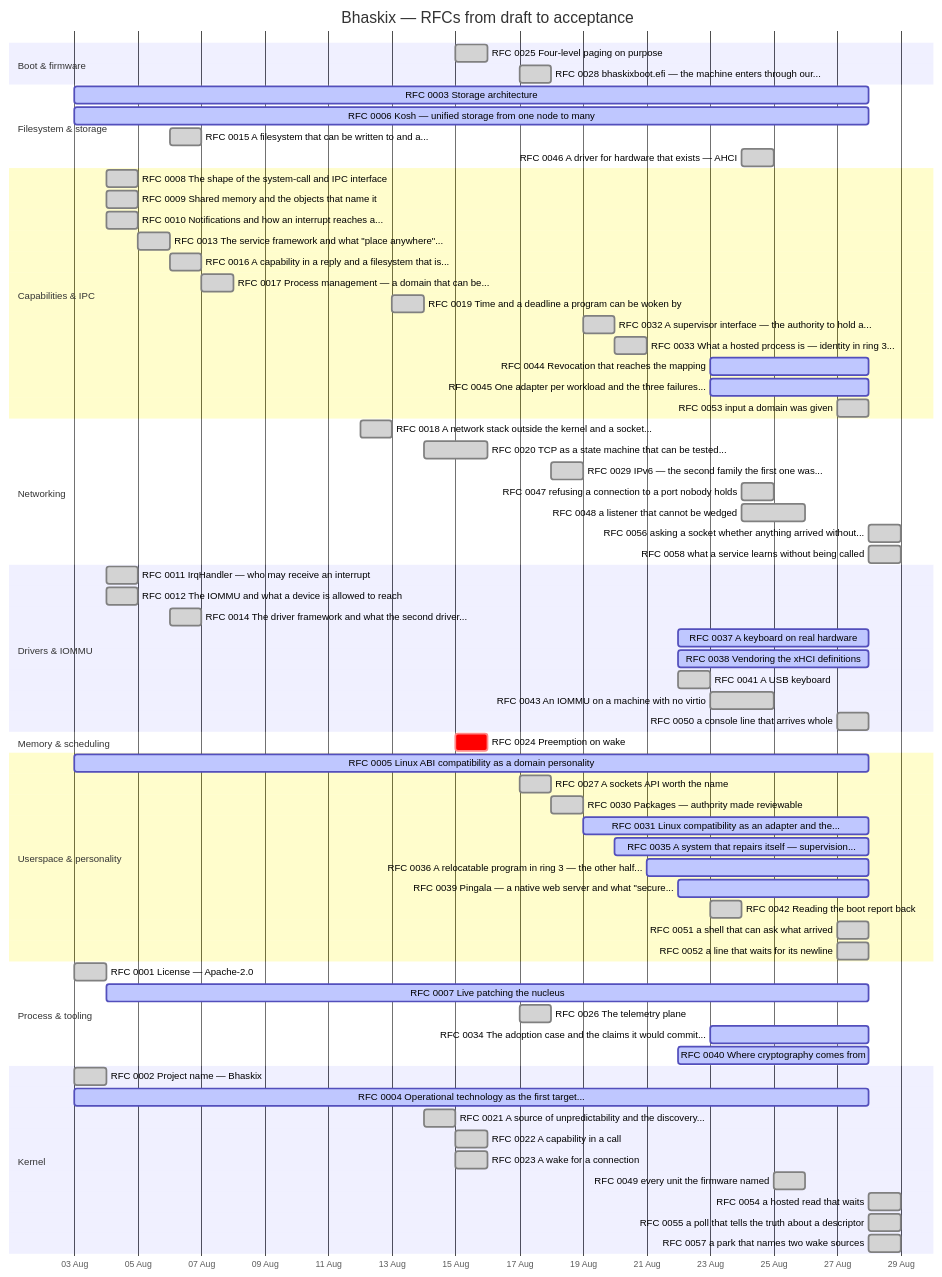
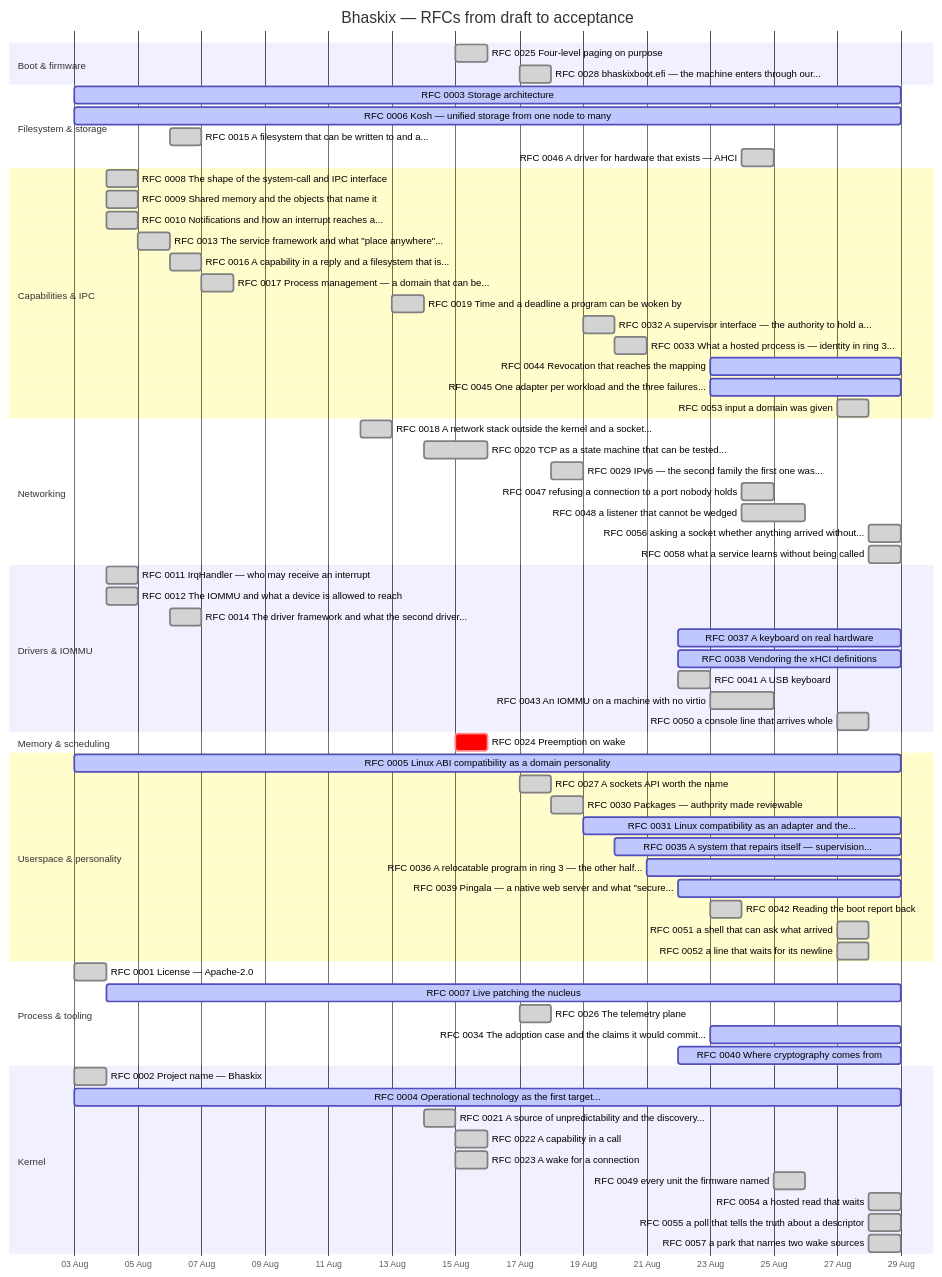
One commit to bhaskix/bhaskix changed the diagram in docs/progress.md. Above: the diagram before and after it, drawn with Mermaid. The commit also changed other lines of this file and 2 other files, not shown here.

First paragraph of the commit message:
sched: a segment base written on the wrong cpu -- and the fault is at iretq
Two findings, and only one of them is a fix.

````diff
--- a/docs/progress.md
+++ b/docs/progress.md
@@ -24,74 +24,74 @@
 ```mermaid
 gantt
     title Bhaskix — RFCs from draft to acceptance
     dateFormat YYYY-MM-DD
     axisFormat %d %b
     todayMarker off
     section Boot & firmware
     RFC 0025 Four-level paging on purpose :done, r0025, 2026-08-15, 2026-08-16
     RFC 0028 bhaskixboot.efi — the machine enters through our... :done, r0028, 2026-08-17, 2026-08-18
     section Filesystem & storage
-    RFC 0003 Storage architecture :active, r0003, 2026-08-03, 2026-08-28
-    RFC 0006 Kosh — unified storage from one node to many :active, r0006, 2026-08-03, 2026-08-28
+    RFC 0003 Storage architecture :active, r0003, 2026-08-03, 2026-08-29
+    RFC 0006 Kosh — unified storage from one node to many :active, r0006, 2026-08-03, 2026-08-29
     RFC 0015 A filesystem that can be written to and a... :done, r0015, 2026-08-06, 1d
     RFC 0046 A driver for hardware that exists — AHCI :done, r0046, 2026-08-24, 1d
     section Capabilities & IPC
     RFC 0008 The shape of the system-call and IPC interface :done, r0008, 2026-08-04, 1d
     RFC 0009 Shared memory and the objects that name it :done, r0009, 2026-08-04, 1d
     RFC 0010 Notifications and how an interrupt reaches a... :done, r0010, 2026-08-04, 1d
     RFC 0013 The service framework and what "place anywhere"... :done, r0013, 2026-08-05, 1d
     RFC 0016 A capability in a reply and a filesystem that is... :done, r0016, 2026-08-06, 2026-08-07
     RFC 0017 Process management — a domain that can be... :done, r0017, 2026-08-07, 1d
     RFC 0019 Time and a deadline a program can be woken by :done, r0019, 2026-08-13, 2026-08-14
     RFC 0032 A supervisor interface — the authority to hold a... :done, r0032, 2026-08-19, 2026-08-20
     RFC 0033 What a hosted process is — identity in ring 3... :done, r0033, 2026-08-20, 1d
-    RFC 0044 Revocation that reaches the mapping :active, r0044, 2026-08-23, 2026-08-28
-    RFC 0045 One adapter per workload and the three failures... :active, r0045, 2026-08-23, 2026-08-28
+    RFC 0044 Revocation that reaches the mapping :active, r0044, 2026-08-23, 2026-08-29
+    RFC 0045 One adapter per workload and the three failures... :active, r0045, 2026-08-23, 2026-08-29
     RFC 0053 input a domain was given :done, r0053, 2026-08-27, 1d
     section Networking
     RFC 0018 A network stack outside the kernel and a socket... :done, r0018, 2026-08-12, 2026-08-13
     RFC 0020 TCP as a state machine that can be tested... :done, r0020, 2026-08-14, 2026-08-16
     RFC 0029 IPv6 — the second family the first one was... :done, r0029, 2026-08-18, 1d
     RFC 0047 refusing a connection to a port nobody holds :done, r0047, 2026-08-24, 1d
     RFC 0048 a listener that cannot be wedged :done, r0048, 2026-08-24, 2026-08-26
     RFC 0056 asking a socket whether anything arrived without... :done, r0056, 2026-08-28, 1d
     RFC 0058 what a service learns without being called :done, r0058, 2026-08-28, 1d
     section Drivers & IOMMU
     RFC 0011 IrqHandler — who may receive an interrupt :done, r0011, 2026-08-04, 1d
     RFC 0012 The IOMMU and what a device is allowed to reach :done, r0012, 2026-08-04, 1d
     RFC 0014 The driver framework and what the second driver... :done, r0014, 2026-08-06, 1d
-    RFC 0037 A keyboard on real hardware :active, r0037, 2026-08-22, 2026-08-28
-    RFC 0038 Vendoring the xHCI definitions :active, r0038, 2026-08-22, 2026-08-28
+    RFC 0037 A keyboard on real hardware :active, r0037, 2026-08-22, 2026-08-29
+    RFC 0038 Vendoring the xHCI definitions :active, r0038, 2026-08-22, 2026-08-29
     RFC 0041 A USB keyboard :done, r0041, 2026-08-22, 2026-08-23
     RFC 0043 An IOMMU on a machine with no virtio :done, r0043, 2026-08-23, 2026-08-25
     RFC 0050 a console line that arrives whole :done, r0050, 2026-08-27, 1d
     section Memory & scheduling
     RFC 0024 Preemption on wake :crit, r0024, 2026-08-15, 1d
     section Userspace & personality
-    RFC 0005 Linux ABI compatibility as a domain personality :active, r0005, 2026-08-03, 2026-08-28
+    RFC 0005 Linux ABI compatibility as a domain personality :active, r0005, 2026-08-03, 2026-08-29
     RFC 0027 A sockets API worth the name :done, r0027, 2026-08-17, 1d
     RFC 0030 Packages — authority made reviewable :done, r0030, 2026-08-18, 2026-08-19
-    RFC 0031 Linux compatibility as an adapter and the... :active, r0031, 2026-08-19, 2026-08-28
-    RFC 0035 A system that repairs itself — supervision... :active, r0035, 2026-08-20, 2026-08-28
-    RFC 0036 A relocatable program in ring 3 — the other half... :active, r0036, 2026-08-21, 2026-08-28
-    RFC 0039 Pingala — a native web server and what "secure... :active, r0039, 2026-08-22, 2026-08-28
+    RFC 0031 Linux compatibility as an adapter and the... :active, r0031, 2026-08-19, 2026-08-29
+    RFC 0035 A system that repairs itself — supervision... :active, r0035, 2026-08-20, 2026-08-29
+    RFC 0036 A relocatable program in ring 3 — the other half... :active, r0036, 2026-08-21, 2026-08-29
+    RFC 0039 Pingala — a native web server and what "secure... :active, r0039, 2026-08-22, 2026-08-29
     RFC 0042 Reading the boot report back :done, r0042, 2026-08-23, 1d
     RFC 0051 a shell that can ask what arrived :done, r0051, 2026-08-27, 1d
     RFC 0052 a line that waits for its newline :done, r0052, 2026-08-27, 1d
     section Process & tooling
     RFC 0001 License — Apache-2.0 :done, r0001, 2026-08-03, 1d
-    RFC 0007 Live patching the nucleus :active, r0007, 2026-08-04, 2026-08-28
+    RFC 0007 Live patching the nucleus :active, r0007, 2026-08-04, 2026-08-29
     RFC 0026 The telemetry plane :done, r0026, 2026-08-17, 1d
-    RFC 0034 The adoption case and the claims it would commit... :active, r0034, 2026-08-23, 2026-08-28
-    RFC 0040 Where cryptography comes from :active, r0040, 2026-08-22, 2026-08-28
+    RFC 0034 The adoption case and the claims it would commit... :active, r0034, 2026-08-23, 2026-08-29
+    RFC 0040 Where cryptography comes from :active, r0040, 2026-08-22, 2026-08-29
     section Kernel
     RFC 0002 Project name — Bhaskix :done, r0002, 2026-08-03, 1d
-    RFC 0004 Operational technology as the first target... :active, r0004, 2026-08-03, 2026-08-28
+    RFC 0004 Operational technology as the first target... :active, r0004, 2026-08-03, 2026-08-29
     RFC 0021 A source of unpredictability and the discovery... :done, r0021, 2026-08-14, 1d
     RFC 0022 A capability in a call :done, r0022, 2026-08-15, 2026-08-16
     RFC 0023 A wake for a connection :done, r0023, 2026-08-15, 2026-08-16
     RFC 0049 every unit the firmware named :done, r0049, 2026-08-25, 1d
     RFC 0054 a hosted read that waits :done, r0054, 2026-08-28, 1d
     RFC 0055 a poll that tells the truth about a descriptor :done, r0055, 2026-08-28, 1d
     RFC 0057 a park that names two wake sources :done, r0057, 2026-08-28, 1d
 ```
````
